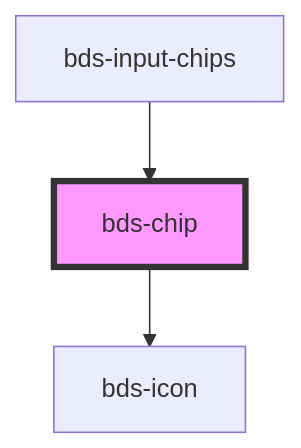
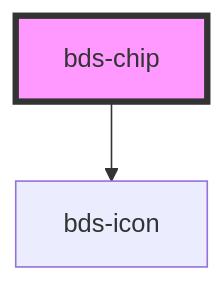
Before and after one commit to takenet/blip-ds: the diagram in src/components/chip/readme.md, drawn with Mermaid. The commit also changed other lines of this file and 6 other files, not shown here.

Commit message:
feat(input-chips): change the chip for the new component

````diff
--- a/src/components/chip/readme.md
+++ b/src/components/chip/readme.md
@@ -40,6 +36,5 @@
 ```mermaid
 graph TD;
   bds-chip --> bds-icon
-  bds-input-chips --> bds-chip
   style bds-chip fill:#f9f,stroke:#333,stroke-width:4px
 ```
````
